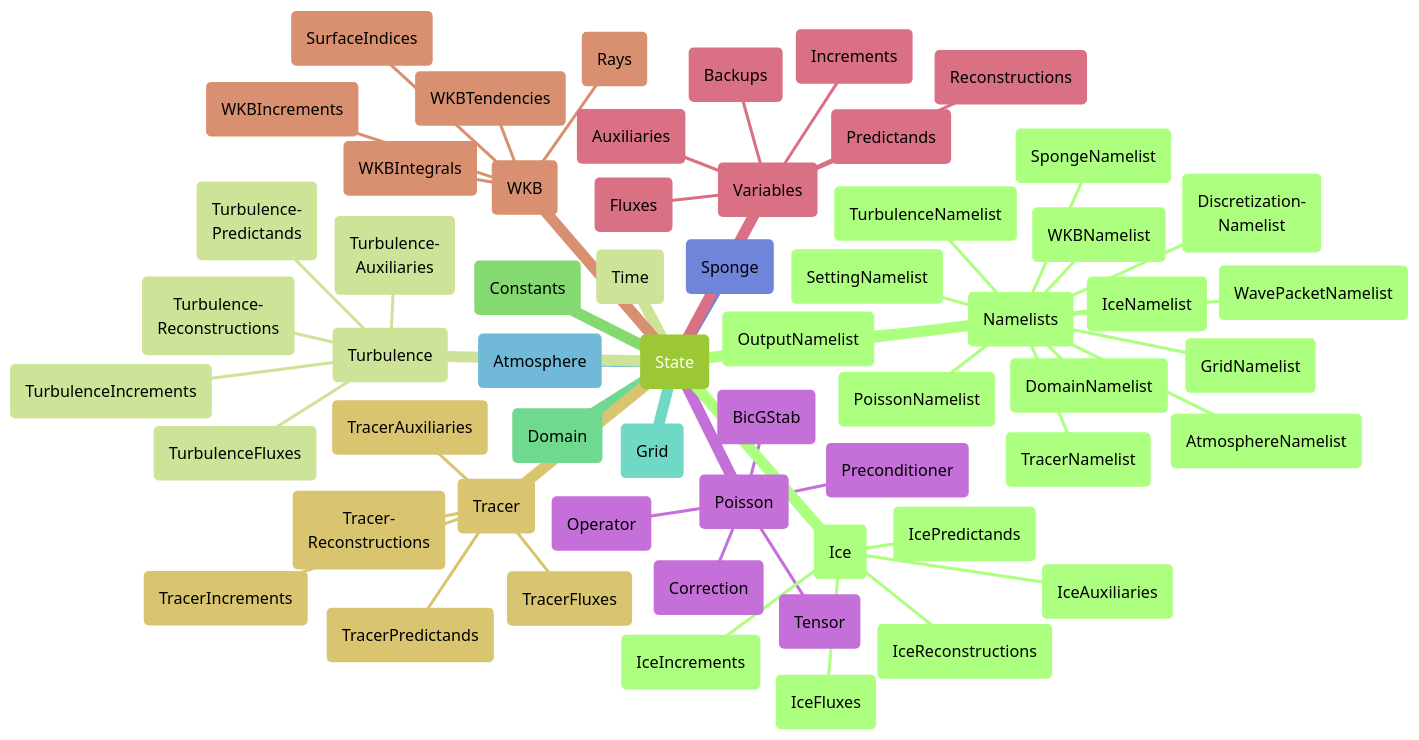
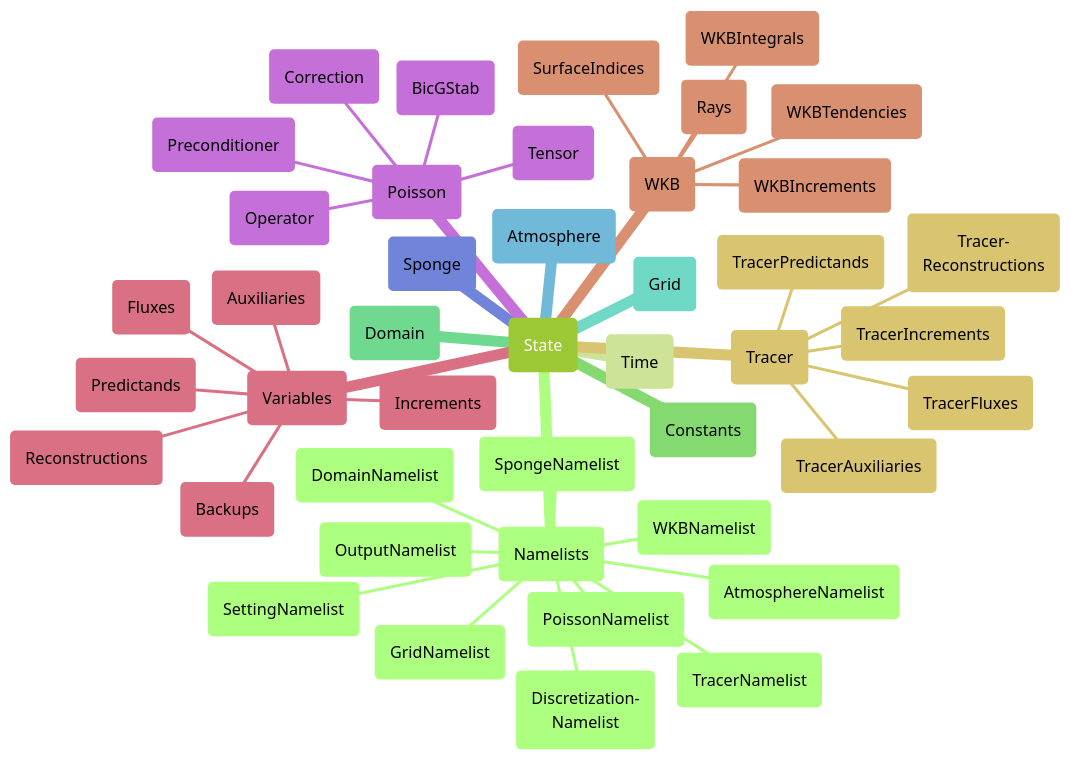
Before and after one commit to Atmospheric-Dynamics-GUF/PinCFlow.jl: the second of 2 diagrams in README.md, drawn with Mermaid. The commit also changed other lines of this file and 47 other files, not shown here.

Commit message:
Removal of ice and turbulence. WavePacket has also been removed, due to some error somewhere. Will redo.

````diff
--- a/README.md
+++ b/README.md
@@ -227,67 +225,52 @@
 ```mermaid
 ---
 config:
     theme: forest
     fontFamily: monospace
 ---
 
 mindmap
     root(State)
         (Namelists)
             (AtmosphereNamelist)
             (Discretization-<br>Namelist)
             (DomainNamelist)
             (GridNamelist)
-            (IceNamelist)
             (OutputNamelist)
             (PoissonNamelist)
             (SettingNamelist)
             (SpongeNamelist)
             (TracerNamelist)
-            (TurbulenceNamelist)
-            (WavePacketNamelist)
             (WKBNamelist)
         (Time)
         (Constants)
         (Domain)
         (Grid)
         (Atmosphere)
         (Sponge)
         (Poisson)
             (BicGStab)
             (Correction)
             (Operator)
             (Preconditioner)
             (Tensor)
         (Variables)
             (Auxiliaries)
             (Backups)
             (Fluxes)
             (Predictands)
             (Reconstructions)
             (Increments)
         (WKB)
             (WKBIntegrals)
             (WKBTendencies)
             (WKBIncrements)
             (Rays)
             (SurfaceIndices)
         (Tracer)
             (TracerAuxiliaries)
             (TracerFluxes)
             (TracerPredictands)
             (Tracer-<br>Reconstructions)
             (TracerIncrements)
-        (Ice)
-            (IceAuxiliaries)
-            (IceFluxes)
-            (IcePredictands)
-            (IceReconstructions)
-            (IceIncrements)
-        (Turbulence)
-            (Turbulence-<br>Auxiliaries)
-            (TurbulenceFluxes)
-            (Turbulence-<br>Predictands)
-            (Turbulence-<br>Reconstructions)
-            (TurbulenceIncrements)
 ```
````
